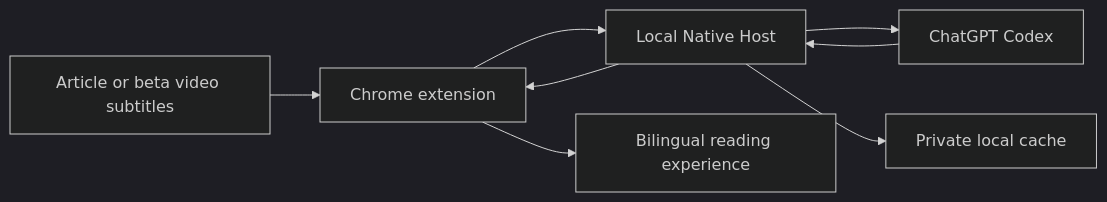
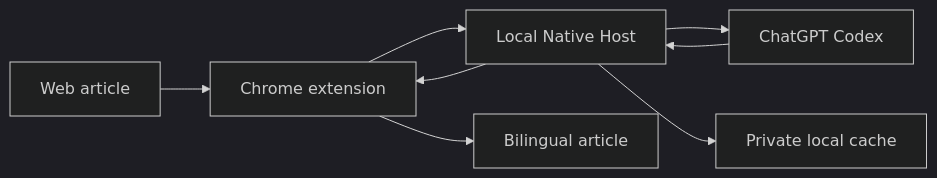
One commit to 1MoreBuild/transly changed the diagram in README.md. Above: the diagram before and after it, drawn with Mermaid (dark theme). The commit also changed other lines of this file, not shown here.

````diff
--- a/README.md
+++ b/README.md
@@ -156,10 +86,10 @@
 ```mermaid
 flowchart LR
-  Page["Article or beta video subtitles"] --> Extension["Chrome extension"]
+  Page["Web article"] --> Extension["Chrome extension"]
   Extension --> Host["Local Native Host"]
   Host --> Codex["ChatGPT Codex"]
   Codex --> Host
   Host --> Cache["Private local cache"]
   Host --> Extension
-  Extension --> Result["Bilingual reading experience"]
+  Extension --> Result["Bilingual article"]
 ```
````
